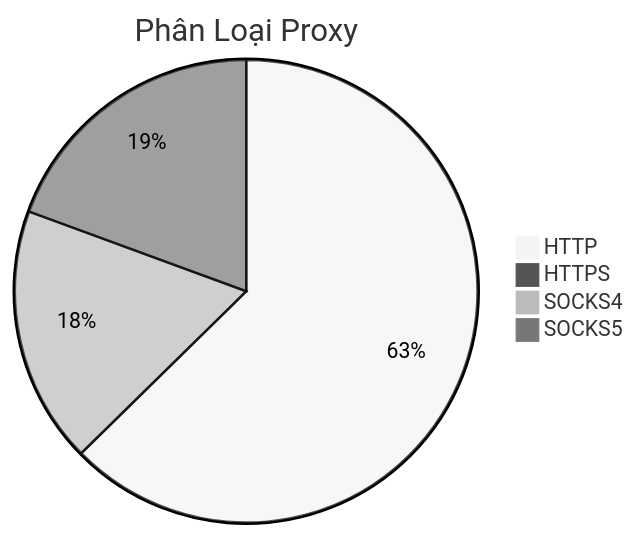
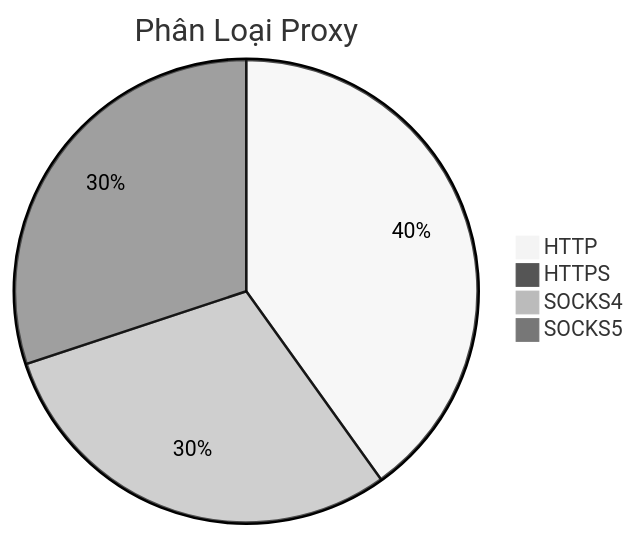
The diagram in README.md (Ciara-12/PROXY-free), drawn with Mermaid (neutral theme) before and after one commit. The commit also changed other lines of this file and 4 other files, not shown here.

````diff
--- a/README.md
+++ b/README.md
@@ -26,7 +26,7 @@
 ```mermaid
 pie title Phân Loại Proxy
-    "HTTP" : 1169
+    "HTTP" : 444
     "HTTPS" : 1
-    "SOCKS4" : 335
-    "SOCKS5" : 362
+    "SOCKS4" : 330
+    "SOCKS5" : 333
 ```
````
